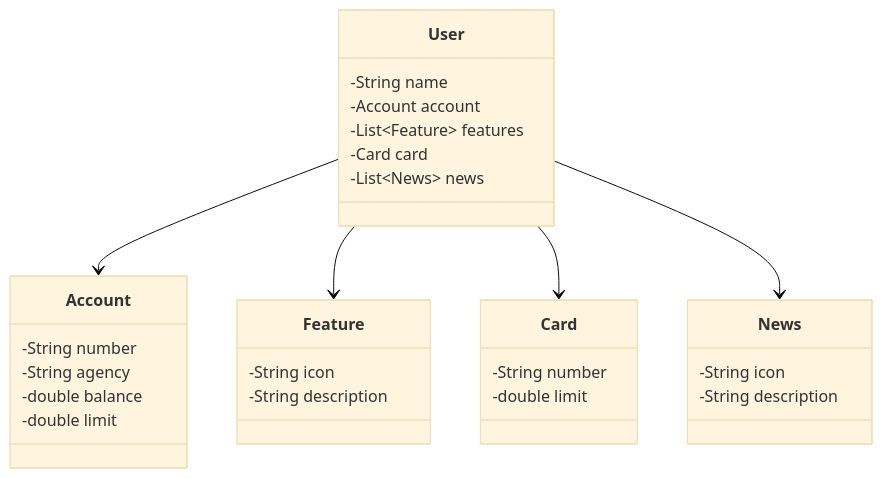
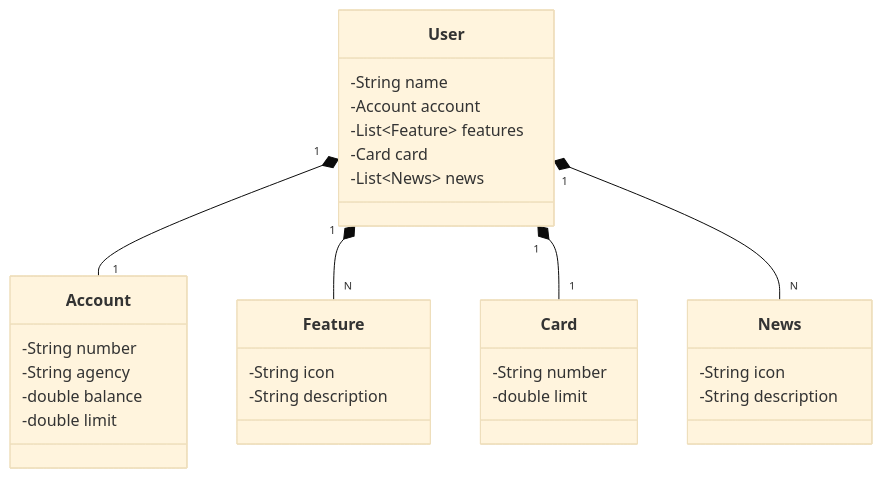
One commit to Ventura-ui/DIO-Desenvolvimento-Java-com-IA changed the diagram in Desafios_de_projeto/Design_Patterns_Com_Java/API REST usando Spring Boot 3_Java 17_e_Railway/README.md. Above: the diagram before and after it, drawn with Mermaid (base theme).

Commit message:
modificando o readme

````diff
--- a/Desafios_de_projeto/Design_Patterns_Com_Java/API REST usando Spring Boot 3_Java 17_e_Railway/README.md
+++ b/Desafios_de_projeto/Design_Patterns_Com_Java/API REST usando Spring Boot 3_Java 17_e_Railway/README.md
@@ -7,37 +7,37 @@
 ```mermaid
 classDiagram
     class User {
         -String name
         -Account account
         -List~Feature~ features
         -Card card
         -List~News~ news
     }
 
     class Account {
         -String number
         -String agency
         -double balance
         -double limit
     }
 
     class Feature {
         -String icon
         -String description
     }
 
     class Card {
         -String number
         -double limit
     }
 
     class News {
         -String icon
         -String description
     }
 
-    User --> Account
-    User --> Feature
-    User --> Card
-    User --> News
+    User "1" *-- "1" Account
+    User "1" *-- "N"  Feature
+    User "1" *-- "1"  Card
+    User "1" *-- "N"  News
 ```
````
